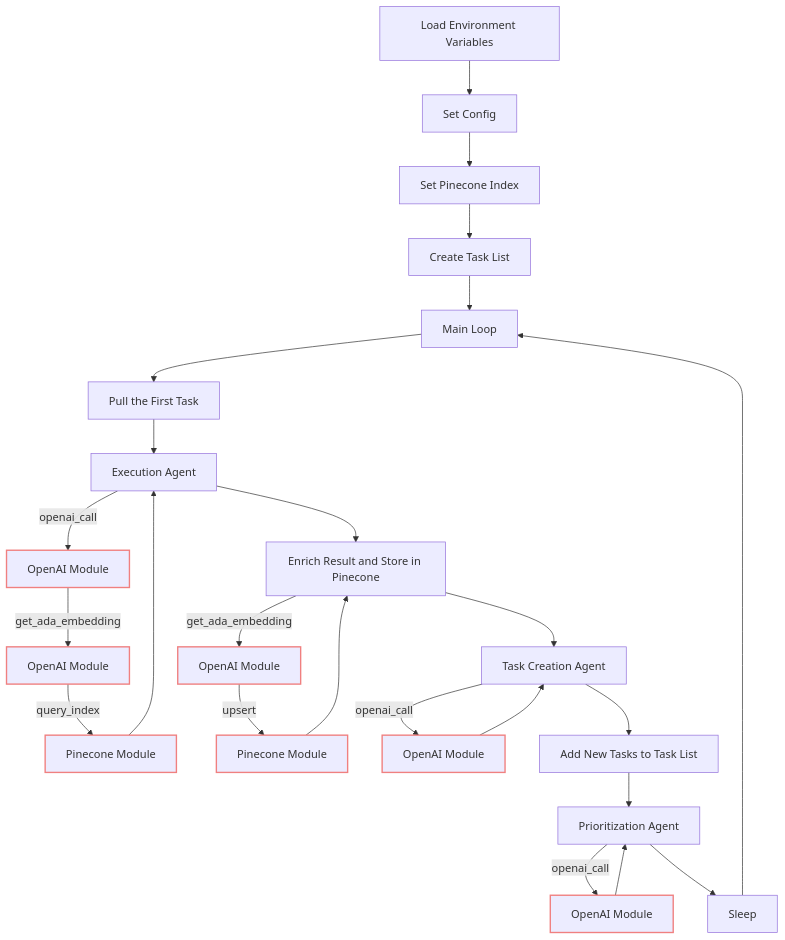
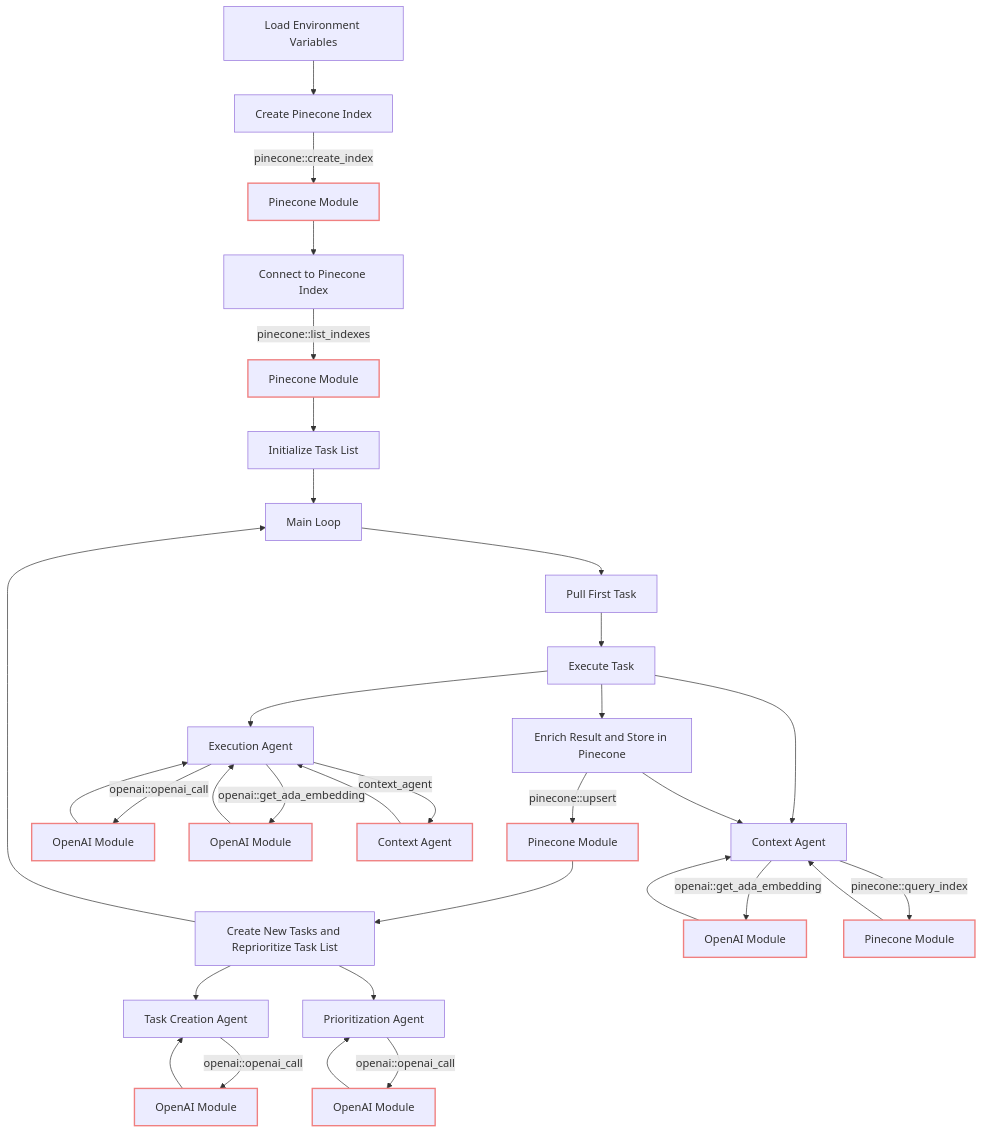
One commit to lukaesch/crustagi changed the diagram in README.md. Above: the diagram before and after it, drawn with Mermaid. The commit also changed other lines of this file, not shown here.

````diff
--- a/README.md
+++ b/README.md
@@ -14,29 +20,37 @@
 ```mermaid
 graph TD
-    A[Load Environment Variables] --> B[Set Config]
-    B --> C[Set Pinecone Index]
-    C --> D[Create Task List]
-    D --> E[Main Loop]
-    E --> F[Pull the First Task]
-    F --> G[Execution Agent]
-    G -->|openai_call| GA[OpenAI Module]
-    GA -->|get_ada_embedding| GB[OpenAI Module]
-    GB -->|query_index| GC[Pinecone Module]
-    GC --> G
-    G --> H[Enrich Result and Store in Pinecone]
-    H -->|get_ada_embedding| HA[OpenAI Module]
-    HA -->|upsert| HB[Pinecone Module]
-    HB --> H
-    H --> I[Task Creation Agent]
-    I -->|openai_call| IA[OpenAI Module]
-    IA --> I
-    I --> J[Add New Tasks to Task List]
-    J --> K[Prioritization Agent]
-    K -->|openai_call| KA[OpenAI Module]
-    KA --> K
-    K --> L[Sleep]
-    L --> E
+    A[Load Environment Variables] --> F[Create Pinecone Index]
+    F -->|pinecone::create_index| FC[Pinecone Module]
+    FC --> G[Connect to Pinecone Index]
+    G -->|pinecone::list_indexes| GC[Pinecone Module]
+    GC --> H[Initialize Task List]
+    H --> I[Main Loop]
+    I --> J[Pull First Task]
+    J --> K[Execute Task]
+    K --> L[Enrich Result and Store in Pinecone]
+    L -->|pinecone::upsert| LC[Pinecone Module]
+    LC --> M[Create New Tasks and Reprioritize Task List]
+    M --> I
+    K --> N[Execution Agent]
+    N -->|openai::openai_call| NA[OpenAI Module]
+    NA --> N
+    N -->|openai::get_ada_embedding| NB[OpenAI Module]
+    NB --> N
+    N -->|context_agent| NC[Context Agent]
+    NC --> N
+    M --> O[Task Creation Agent]
+    O -->|openai::openai_call| OA[OpenAI Module]
+    OA --> O
+    M --> P[Prioritization Agent]
+    P -->|openai::openai_call| PA[OpenAI Module]
+    PA --> P
+    K --> Q[Context Agent]
+    Q -->|openai::get_ada_embedding| QA[OpenAI Module]
+    QA --> Q
+    Q -->|pinecone::query_index| QC[Pinecone Module]
+    QC --> Q
+    L --> Q
 
     classDef modules fill:#f9,stroke:#f08080,stroke-width:2px;
-    class GA,GB,GC,HA,HB,IA,KA modules;
+    class FC,GC,LC,NA,NB,NC,OA,PA,QA,QC modules
 ```
````
